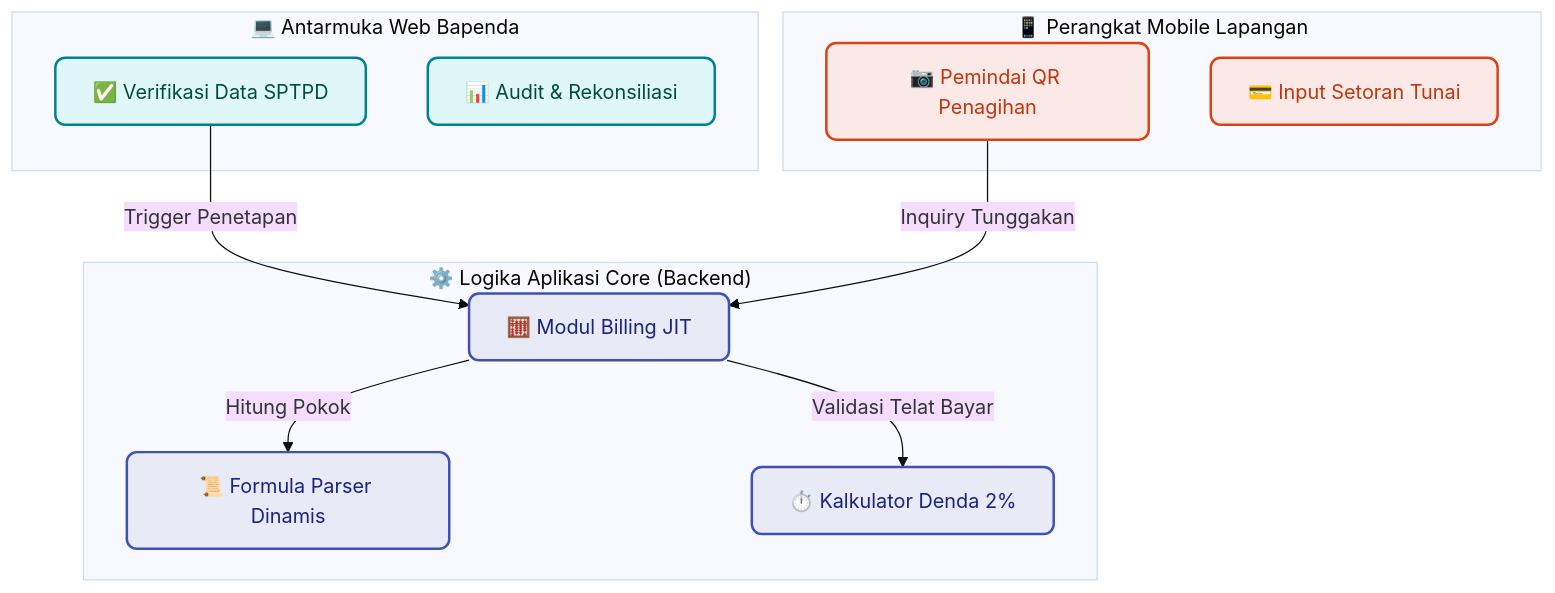
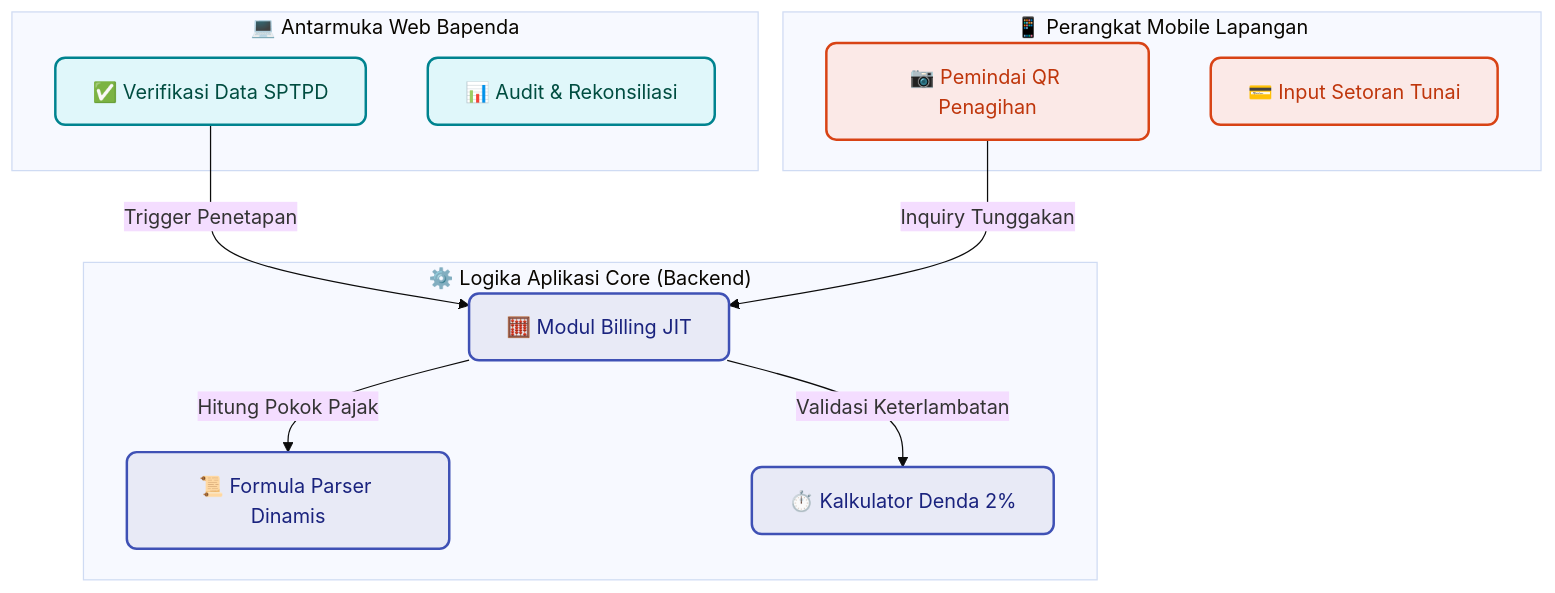
The second of 3 diagrams in docs/Dokumen_Perencanaan_Sistem_Pendapatan_Baubau.md (arif-rizal1122/retribusi-api), drawn with Mermaid (base theme) before and after one commit. The commit also changed other lines of this file, not shown here.

```diff
--- a/docs/Dokumen_Perencanaan_Sistem_Pendapatan_Baubau.md
+++ b/docs/Dokumen_Perencanaan_Sistem_Pendapatan_Baubau.md
@@ -96,28 +147,28 @@
 <div class="mermaid">
 flowchart TD
     %% Styling
     classDef core fill:#e8eaf6,stroke:#3f51b5,stroke-width:2px,color:#1a237e,rx:8px,ry:8px
     classDef dash fill:#e0f7fa,stroke:#00838f,stroke-width:2px,color:#004d40,rx:8px,ry:8px
     classDef app fill:#fbe9e7,stroke:#d84315,stroke-width:2px,color:#bf360c,rx:8px,ry:8px
 
     subgraph CoreBackend ["⚙️ Logika Aplikasi Core (Backend)"]
         BS["🧮 Modul Billing JIT"]:::core
         FPS["📜 Formula Parser Dinamis"]:::core
         PCS["⏱️ Kalkulator Denda 2%"]:::core
     end
 
     subgraph AdminDashboard ["💻 Antarmuka Web Bapenda"]
         A_VER["✅ Verifikasi Data SPTPD"]:::dash
         A_AUDIT["📊 Audit & Rekonsiliasi"]:::dash
     end
 
     subgraph PetugasApp ["📱 Perangkat Mobile Lapangan"]
         P_SCAN["📷 Pemindai QR Penagihan"]:::app
         P_PAY["💳 Input Setoran Tunai"]:::app
     end
     
     A_VER -->|Trigger Penetapan| BS
     P_SCAN -->|Inquiry Tunggakan| BS
-    BS -->|Hitung Pokok| FPS
-    BS -->|Validasi Telat Bayar| PCS
+    BS -->|Hitung Pokok Pajak| FPS
+    BS -->|Validasi Keterlambatan| PCS
 </div>
```
